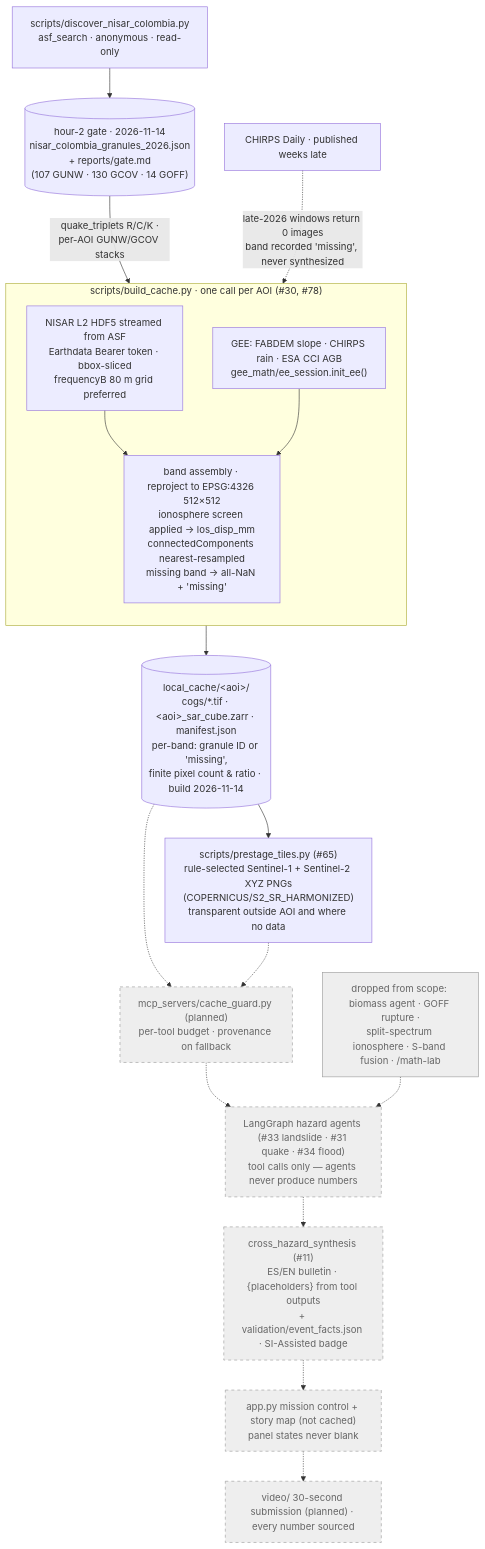
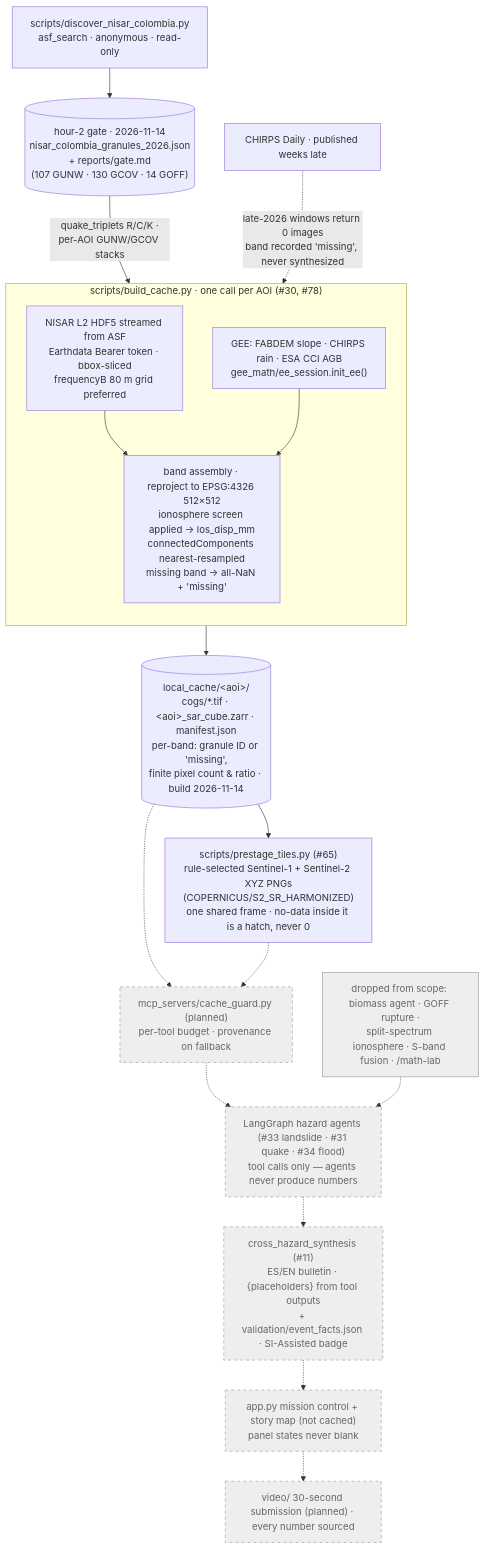
One commit to NASA-Space-Apps-Challenge-two-left-feet/surface_tango changed the second of 3 diagrams in README.md. Above: the diagram before and after it, drawn with Mermaid. The commit also changed other lines of this file and 5 other files, not shown here.

First line of the commit message:
feat(web): share one curtain frame across cached layers

````diff
--- a/README.md
+++ b/README.md
@@ -169,26 +169,26 @@
 ```mermaid
 flowchart TB
     DISC["scripts/discover_nisar_colombia.py<br/>asf_search · anonymous · read-only"] --> GATE[("hour-2 gate · 2026-11-14<br/>nisar_colombia_granules_2026.json<br/>+ reports/gate.md<br/>(107 GUNW · 130 GCOV · 14 GOFF)")]
     GATE -->|"quake_triplets R/C/K ·<br/>per-AOI GUNW/GCOV stacks"| BUILD
     subgraph BUILD["scripts/build_cache.py · one call per AOI (#30, #78)"]
         direction TB
         NISAR_H5["NISAR L2 HDF5 streamed from ASF<br/>Earthdata Bearer token · bbox-sliced<br/>frequencyB 80 m grid preferred"]
         GEE_L["GEE: FABDEM slope · CHIRPS rain · ESA CCI AGB<br/>gee_math/ee_session.init_ee()"]
         ASM["band assembly · reproject to EPSG:4326 512×512<br/>ionosphere screen applied → los_disp_mm<br/>connectedComponents nearest-resampled<br/>missing band → all-NaN + 'missing'"]
         NISAR_H5 --> ASM
         GEE_L --> ASM
     end
     CHIRPS["CHIRPS Daily · published weeks late"] -.->|"late-2026 windows return 0 images<br/>band recorded 'missing', never synthesized"| BUILD
     BUILD --> CACHE[("local_cache/&lt;aoi&gt;/<br/>cogs/*.tif · &lt;aoi&gt;_sar_cube.zarr · manifest.json<br/>per-band: granule ID or 'missing',<br/>finite pixel count & ratio · build 2026-11-14")]
-    CACHE --> TILES["scripts/prestage_tiles.py (#65)<br/>rule-selected Sentinel-1 + Sentinel-2 XYZ PNGs<br/>(COPERNICUS/S2_SR_HARMONIZED)<br/>transparent outside AOI and where no data"]
+    CACHE --> TILES["scripts/prestage_tiles.py (#65)<br/>rule-selected Sentinel-1 + Sentinel-2 XYZ PNGs<br/>(COPERNICUS/S2_SR_HARMONIZED)<br/>one shared frame · no-data inside it is a hatch, never 0"]
     GUARD["mcp_servers/cache_guard.py (planned)<br/>per-tool budget · provenance on fallback"] -.-> AGENTS
     CACHE -.-> GUARD
     TILES -.-> GUARD
     AGENTS["LangGraph hazard agents (#33 landslide · #31 quake · #34 flood)<br/>tool calls only — agents never produce numbers"] -.-> SYNTH["cross_hazard_synthesis (#11)<br/>ES/EN bulletin · {placeholders} from tool outputs<br/>+ validation/event_facts.json · SI-Assisted badge"]
     SYNTH -.-> UI["app.py mission control + story map (not cached)<br/>panel states never blank"]
     UI -.-> VIDEO["video/ 30-second submission (planned) · every number sourced"]
     OUT["dropped from scope: biomass agent · GOFF rupture ·<br/>split-spectrum ionosphere · S-band fusion · /math-lab"]:::dropped -.-> AGENTS
     classDef dropped fill:#eee,stroke:#999,color:#666
     class GUARD,AGENTS,SYNTH,UI,VIDEO pending
     classDef pending fill:#eee,stroke:#999,color:#666,stroke-dasharray:5 5
 ```
````
